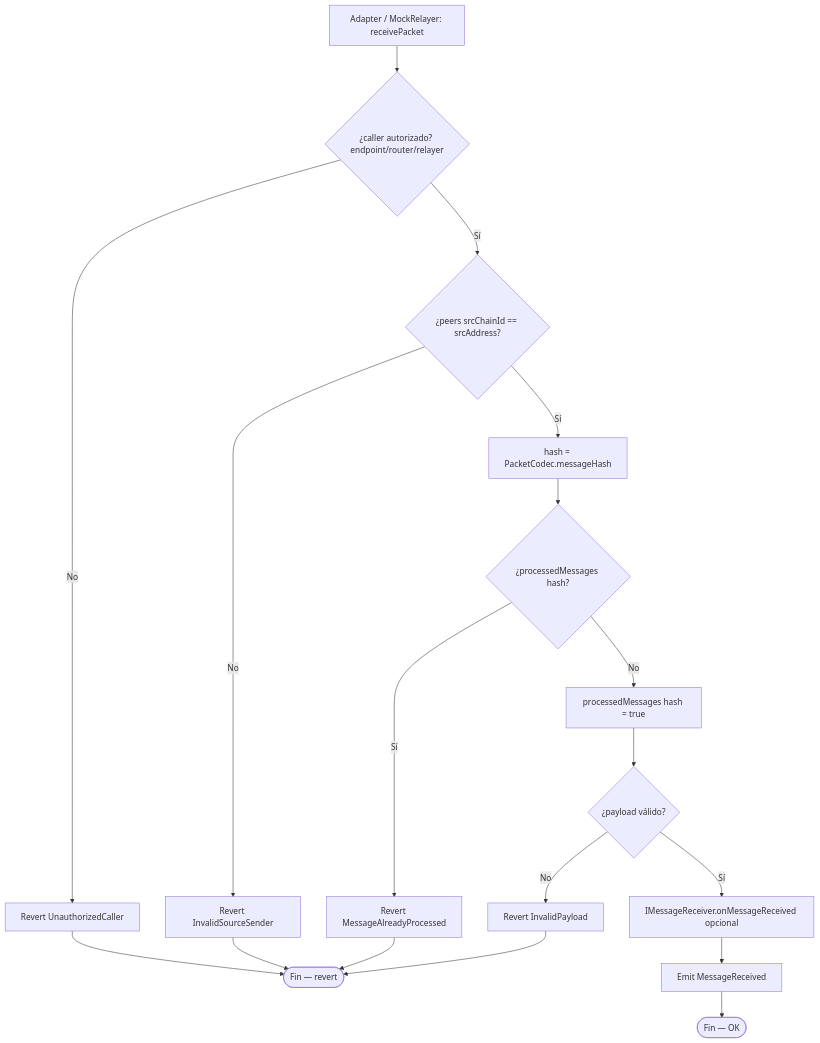
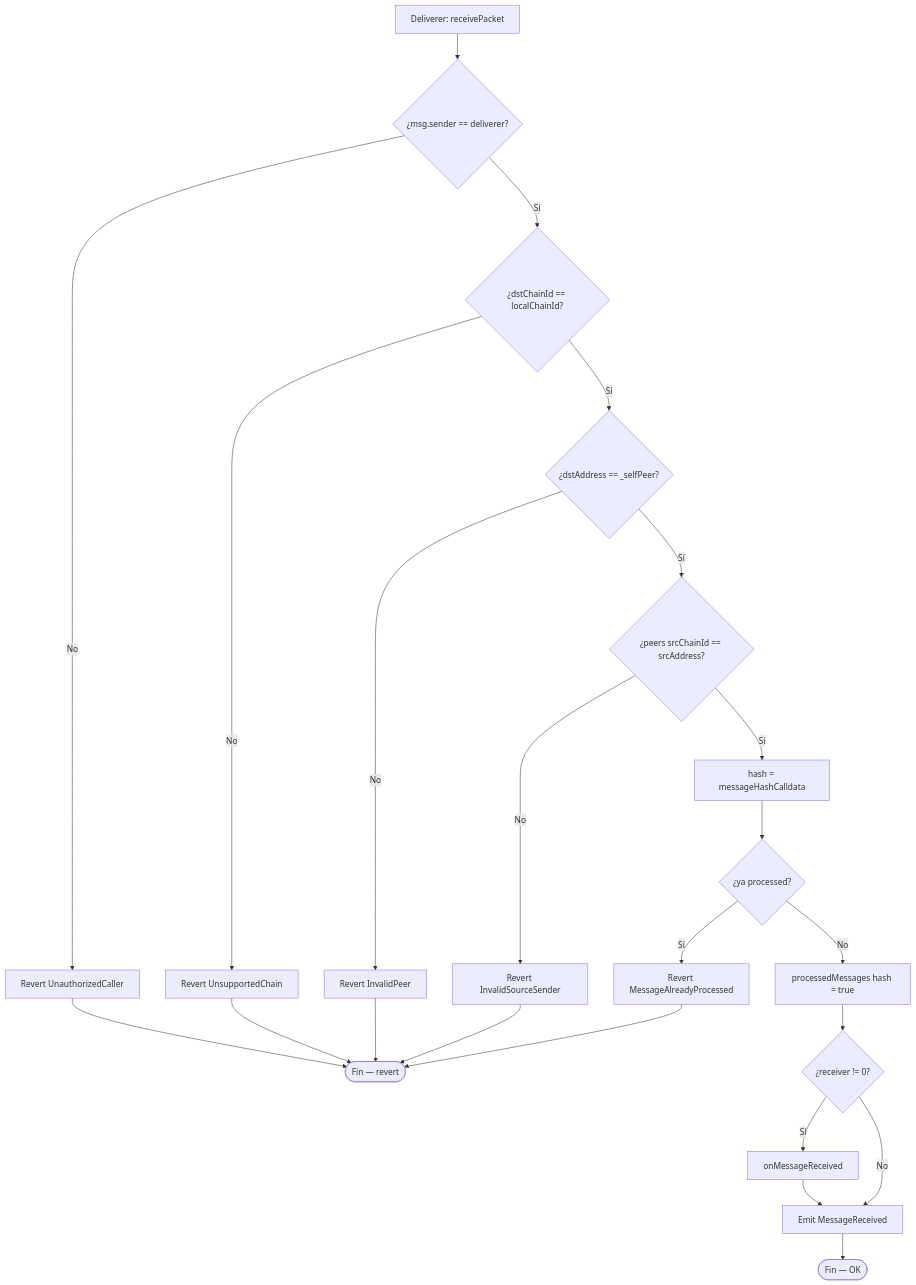
One commit to rastrahm/crosschain-messaging changed the second of 7 diagrams in doc/diagrama-de-flujo.md. Above: the diagram before and after it, drawn with Mermaid. The commit also changed other lines of this file and 7 other files, not shown here.

````diff
--- a/doc/diagrama-de-flujo.md
+++ b/doc/diagrama-de-flujo.md
@@ -33,20 +36,25 @@
 ```mermaid
 flowchart TD
-    A[Adapter / MockRelayer: receivePacket] --> B{¿caller autorizado? endpoint/router/relayer}
+    A[Deliverer: receivePacket] --> B{¿msg.sender == deliverer?}
     B -->|No| Z1[Revert UnauthorizedCaller]
-    B -->|Sí| C{¿peers srcChainId == srcAddress?}
-    C -->|No| Z2[Revert InvalidSourceSender]
-    C -->|Sí| D[hash = PacketCodec.messageHash]
-    D --> E{¿processedMessages hash?}
-    E -->|Sí| Z3[Revert MessageAlreadyProcessed]
-    E -->|No| F[processedMessages hash = true]
-    F --> G{¿payload válido?}
-    G -->|No| Z4[Revert InvalidPayload]
-    G -->|Sí| H[IMessageReceiver.onMessageReceived opcional]
-    H --> I[Emit MessageReceived]
+    B -->|Sí| C{¿dstChainId == localChainId?}
+    C -->|No| Z2[Revert UnsupportedChain]
+    C -->|Sí| D{¿dstAddress == _selfPeer?}
+    D -->|No| Z3[Revert InvalidPeer]
+    D -->|Sí| E{¿peers srcChainId == srcAddress?}
+    E -->|No| Z4[Revert InvalidSourceSender]
+    E -->|Sí| F[hash = messageHashCalldata]
+    F --> G{¿ya processed?}
+    G -->|Sí| Z5[Revert MessageAlreadyProcessed]
+    G -->|No| H[processedMessages hash = true]
+    H --> I{¿receiver != 0?}
+    I -->|Sí| J[onMessageReceived]
+    I -->|No| K[Emit MessageReceived]
+    J --> K
     Z1 --> End([Fin — revert])
     Z2 --> End
     Z3 --> End
     Z4 --> End
-    I --> Ok([Fin — OK])
+    Z5 --> End
+    K --> Ok([Fin — OK])
 ```
````
